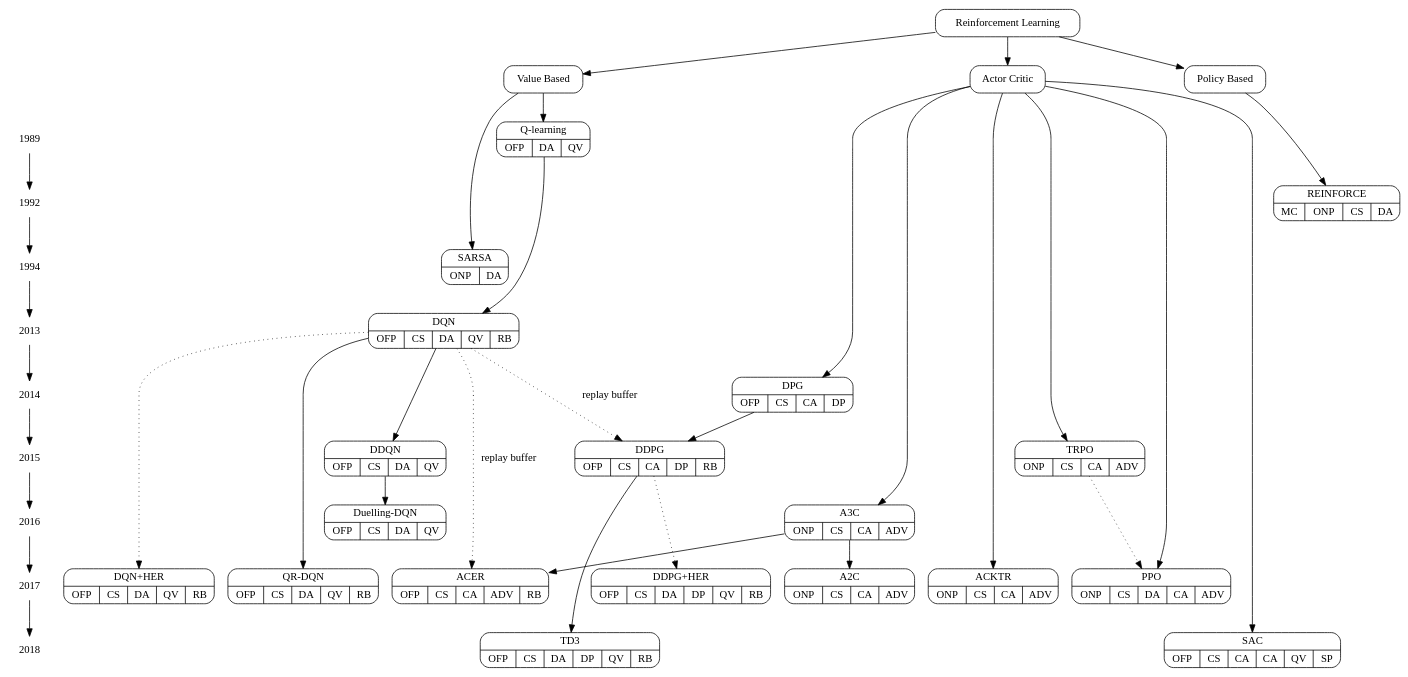
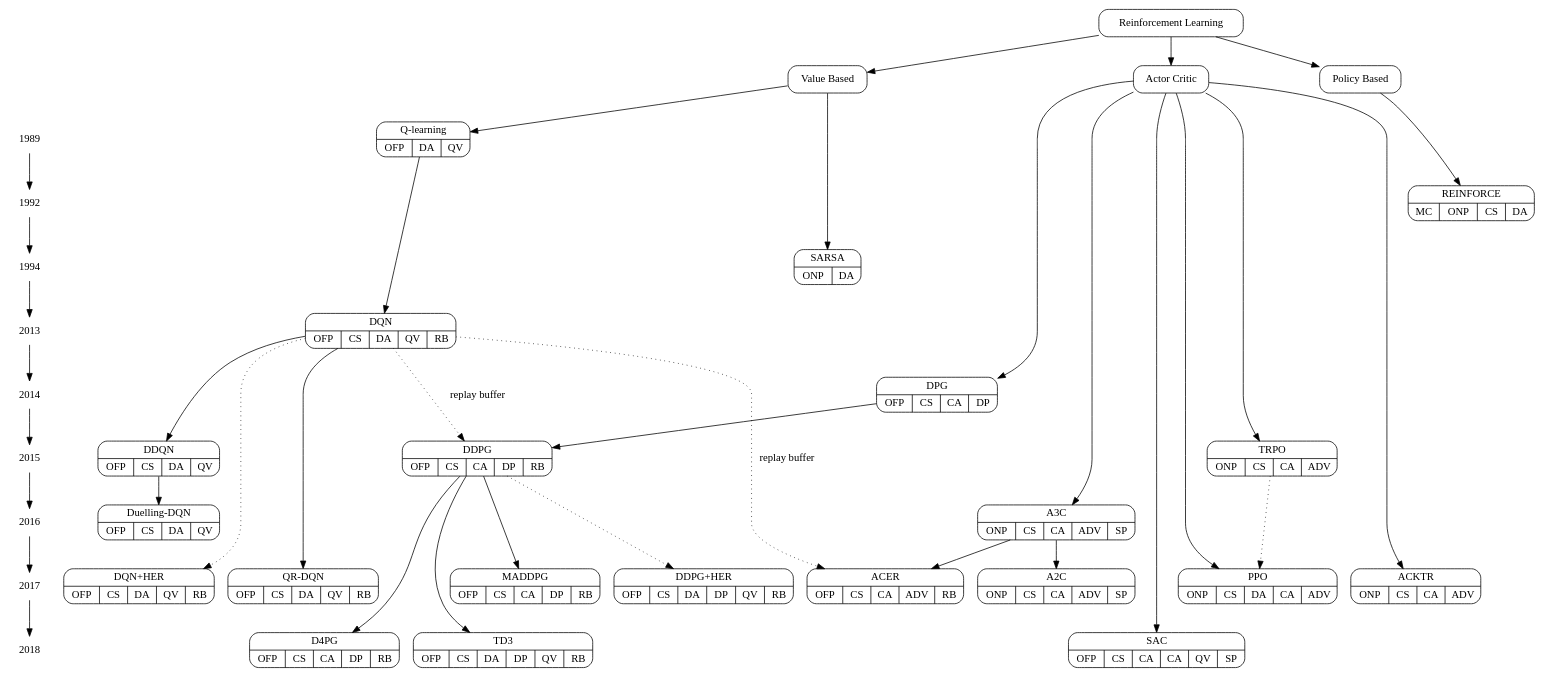
One commit to bennylp/RL-Taxonomy changed the diagram in rl.gv. Above: the diagram before and after it, drawn with Graphviz. The commit also changed 3 other files, not shown here.

```diff
--- a/rl.gv
+++ b/rl.gv
@@ -1,103 +1,107 @@
 digraph {
 	{
 		node [shape=plaintext]
 		1989 -> 1992
 		1992 -> 1994
 		1994 -> 2013
 		2013 -> 2014
 		2014 -> 2015
 		2015 -> 2016
 		2016 -> 2017
 		2017 -> 2018
 	}
 	{
 		rank=same
 		"Reinforcement Learning" [label="{Reinforcement Learning}" shape=record style=rounded]
 	}
 	{
 		rank=same
 		"Value Based" [label="{Value Based}" shape=record style=rounded]
 		"Policy Based" [label="{Policy Based}" shape=record style=rounded]
 		"Actor Critic" [label="{Actor Critic}" shape=record style=rounded]
 	}
 	{
 		rank=same
 		1989
 		"Q-learning" [label="{Q-learning|{OFP|DA|QV}}" shape=record style=rounded]
 	}
 	{
 		rank=same
 		1992
 		REINFORCE [label="{REINFORCE|{MC|ONP|CS|DA}}" shape=record style=rounded]
 	}
 	{
 		rank=same
 		1994
 		SARSA [label="{SARSA|{ONP|DA}}" shape=record style=rounded]
 	}
 	{
 		rank=same
 		2013
 		DQN [label="{DQN|{OFP|CS|DA|QV|RB}}" shape=record style=rounded]
 	}
 	{
 		rank=same
 		2014
 		DPG [label="{DPG|{OFP|CS|CA|DP}}" shape=record style=rounded]
 	}
 	{
 		rank=same
 		2015
 		DDQN [label="{DDQN|{OFP|CS|DA|QV}}" shape=record style=rounded]
 		DDPG [label="{DDPG|{OFP|CS|CA|DP|RB}}" shape=record style=rounded]
 		TRPO [label="{TRPO|{ONP|CS|CA|ADV}}" shape=record style=rounded]
 	}
 	{
 		rank=same
 		2016
 		"Duelling-DQN" [label="{Duelling-DQN|{OFP|CS|DA|QV}}" shape=record style=rounded]
-		A3C [label="{A3C|{ONP|CS|CA|ADV}}" shape=record style=rounded]
+		A3C [label="{A3C|{ONP|CS|CA|ADV|SP}}" shape=record style=rounded]
 	}
 	{
 		rank=same
 		2017
 		"QR-DQN" [label="{QR-DQN|{OFP|CS|DA|QV|RB}}" shape=record style=rounded]
 		"DQN+HER" [label="{DQN+HER|{OFP|CS|DA|QV|RB}}" shape=record style=rounded]
+		MADDPG [label="{MADDPG|{OFP|CS|CA|DP|RB}}" shape=record style=rounded]
 		"DDPG+HER" [label="{DDPG+HER|{OFP|CS|DA|DP|QV|RB}}" shape=record style=rounded]
-		A2C [label="{A2C|{ONP|CS|CA|ADV}}" shape=record style=rounded]
+		A2C [label="{A2C|{ONP|CS|CA|ADV|SP}}" shape=record style=rounded]
 		ACER [label="{ACER|{OFP|CS|CA|ADV|RB}}" shape=record style=rounded]
 		ACKTR [label="{ACKTR|{ONP|CS|CA|ADV}}" shape=record style=rounded]
 		PPO [label="{PPO|{ONP|CS|DA|CA|ADV}}" shape=record style=rounded]
 	}
 	{
 		rank=same
 		2018
+		D4PG [label="{D4PG|{OFP|CS|CA|DP|RB}}" shape=record style=rounded]
 		TD3 [label="{TD3|{OFP|CS|DA|DP|QV|RB}}" shape=record style=rounded]
 		SAC [label="{SAC|{OFP|CS|CA|CA|QV|SP}}" shape=record style=rounded]
 	}
 	"Reinforcement Learning" -> "Value Based"
 	"Reinforcement Learning" -> "Actor Critic"
 	"Reinforcement Learning" -> "Policy Based"
 	"Value Based" -> SARSA
 	"Value Based" -> "Q-learning"
 	"Q-learning" -> DQN
 	DQN -> DDQN
 	DDQN -> "Duelling-DQN"
 	DQN -> "QR-DQN"
 	DQN -> "DQN+HER" [style=dotted]
 	"Policy Based" -> REINFORCE
 	"Actor Critic" -> DPG
 	DPG -> DDPG
 	DQN -> DDPG [label="replay buffer" style=dotted]
 	DDPG -> "DDPG+HER" [style=dotted]
 	DDPG -> TD3
+	DDPG -> MADDPG
+	DDPG -> D4PG
 	"Actor Critic" -> TRPO
 	"Actor Critic" -> A3C
 	A3C -> A2C
 	A3C -> ACER
 	DQN -> ACER [label="replay buffer" style=dotted]
 	"Actor Critic" -> ACKTR
 	"Actor Critic" -> PPO
 	TRPO -> PPO [style=dotted]
 	"Actor Critic" -> SAC
 }
```
